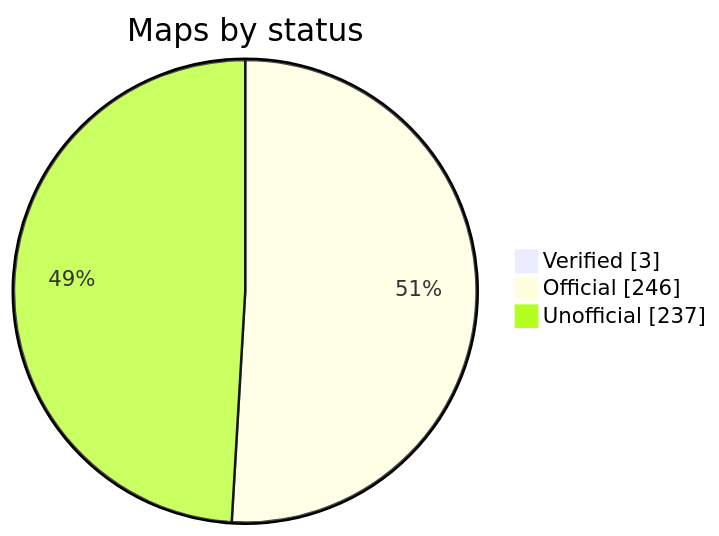
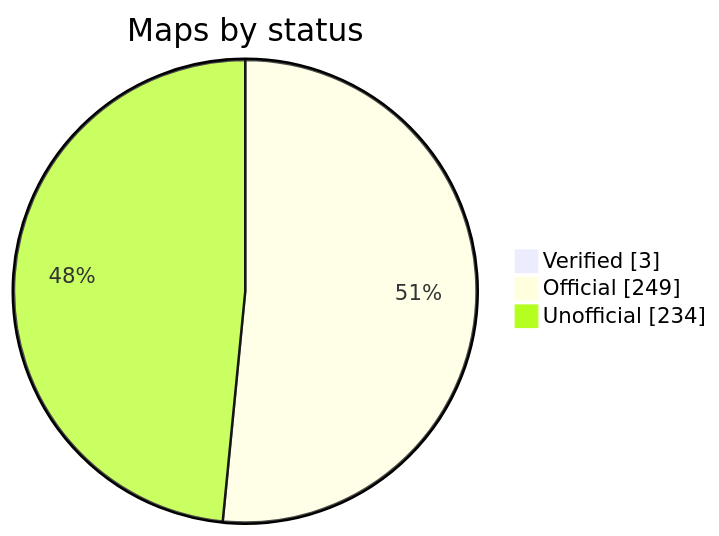
One commit to nobrega8/mbmap-library changed the diagram in README.md. Above: the diagram before and after it, drawn with Mermaid. The commit also changed 4 other files, not shown here.

````diff
--- a/README.md
+++ b/README.md
@@ -48,7 +48,7 @@
 ```mermaid
 pie showData
     title Maps by status
     "Verified" : 3
-    "Official" : 246
-    "Unofficial" : 237
+    "Official" : 249
+    "Unofficial" : 234
 ```
````
